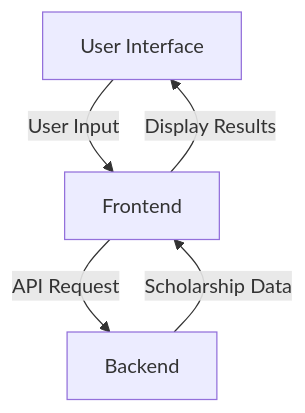
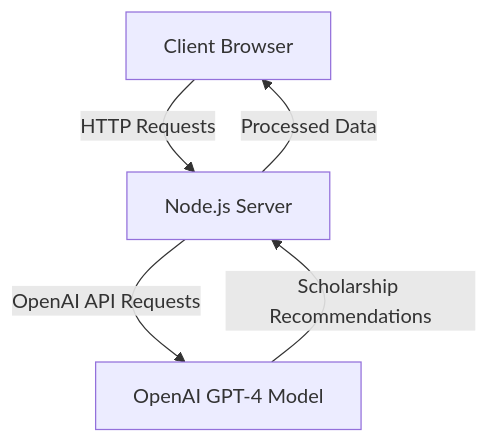
Before and after one commit to agattani123/Fast-Fa: the first of 6 diagrams in wiki/Overview/Introduction.md, drawn with Mermaid. The commit also changed other lines of this file and 7 other files, not shown here.

````diff
--- a/wiki/Overview/Introduction.md
+++ b/wiki/Overview/Introduction.md
@@ -24,7 +22,7 @@
 ```mermaid
 graph TD
-    A[User Interface] -->|User Input| B[Frontend]
-    B -->|API Request| C[Backend]
-    C -->|Scholarship Data| B
-    B -->|Display Results| A
+    Client[Client Browser] -->|HTTP Requests| Server[Node.js Server]
+    Server -->|OpenAI API Requests| OpenAI[OpenAI GPT-4 Model]
+    OpenAI -->|Scholarship Recommendations| Server
+    Server -->|Processed Data| Client
 ```
````
